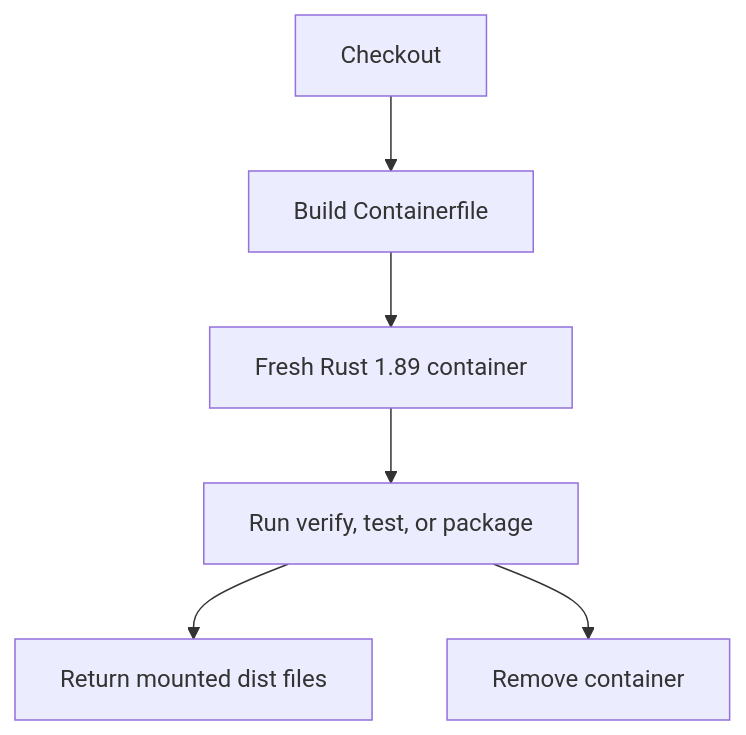
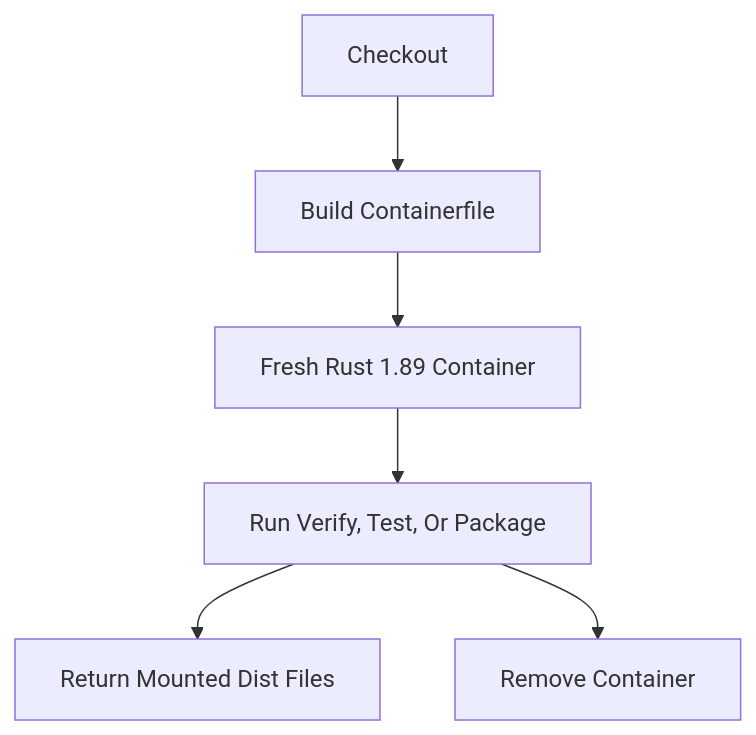
One commit to airscripts/toen changed the diagram in docs/containers.md. Above: the diagram before and after it, drawn with Mermaid. The commit also changed 3 other files, not shown here.

Commit message:
docs: title case important diagram entries

````diff
--- a/docs/containers.md
+++ b/docs/containers.md
@@ -33,8 +33,8 @@
 ```mermaid
 flowchart TD
     checkout[Checkout] --> image[Build Containerfile]
-    image --> runtime[Fresh Rust 1.89 container]
-    runtime --> gate[Run verify, test, or package]
-    gate --> output[Return mounted dist files]
-    gate --> discard[Remove container]
+    image --> runtime[Fresh Rust 1.89 Container]
+    runtime --> gate[Run Verify, Test, Or Package]
+    gate --> output[Return Mounted Dist Files]
+    gate --> discard[Remove Container]
 ```
````
